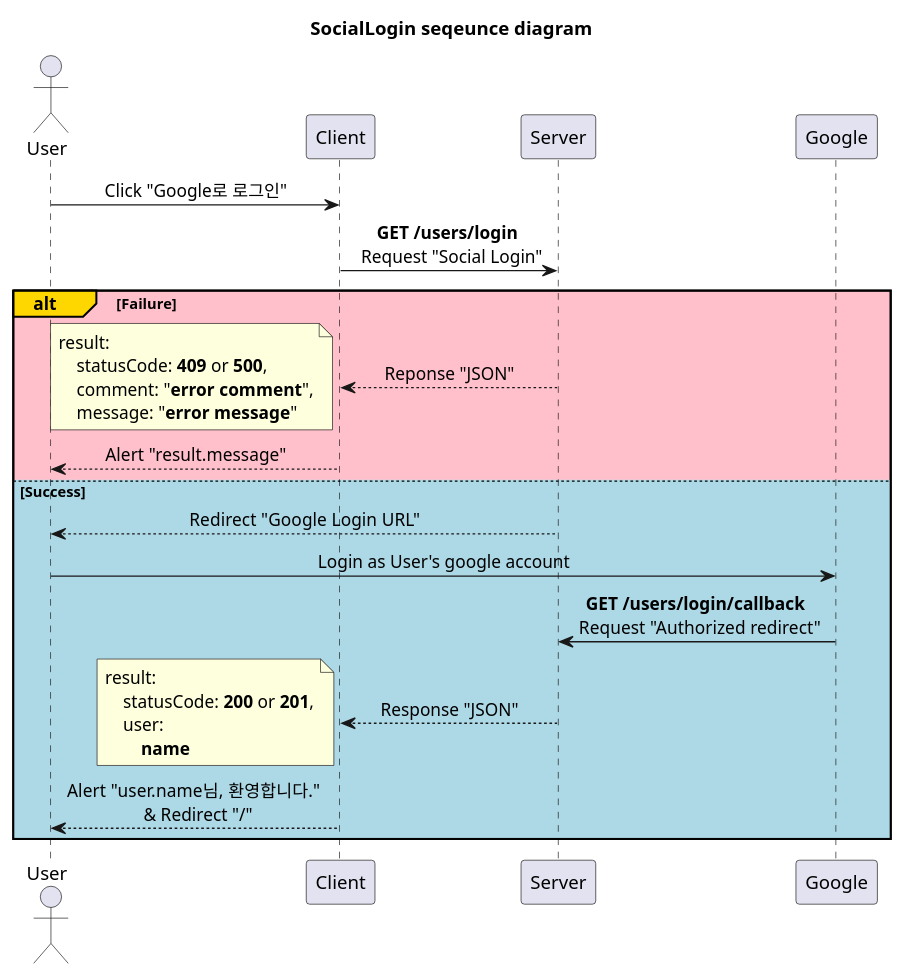
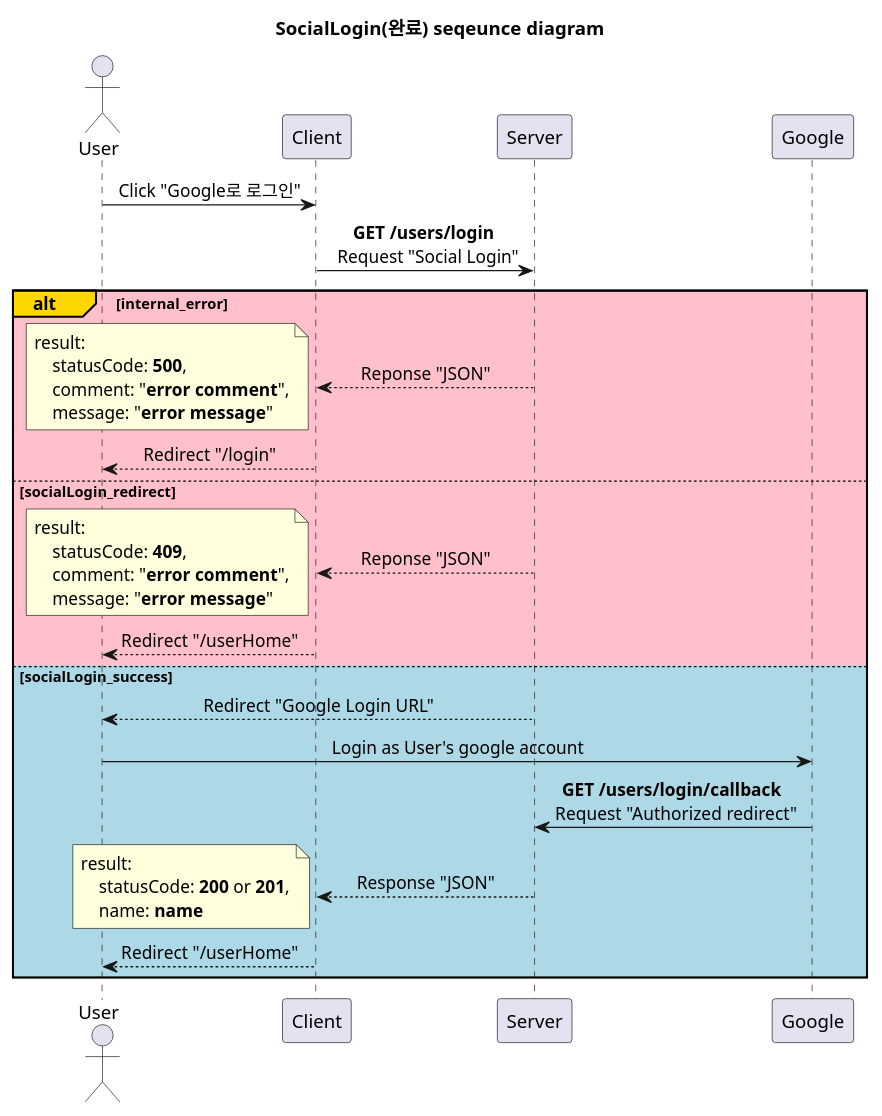
The diagram in diagram/login_page/socialLogin.puml (devSeungBin/SSCS), drawn with PlantUML before and after one commit. The commit also changed 12 other files, not shown here.

```diff
--- a/diagram/login_page/socialLogin.puml
+++ b/diagram/login_page/socialLogin.puml
@@ -1,41 +1,50 @@
-@startuml socialLogin
+@startuml socialLogin(완료)
 'http://localhost:3000/login
 
-title SocialLogin seqeunce diagram
+title SocialLogin(완료) seqeunce diagram
 
 skinparam SequenceMessageAlignment center
 
 participant Google order 40
 participant Server order 30
 participant Client order 20
 actor User order 10
 
 User -> Client: Click "Google로 로그인"
 Client -> Server: **GET /users/login** \n Request "Social Login" 
 
-alt#Gold #Pink Failure
+alt#Gold #Pink internal_error
     Client <-- Server: Reponse "JSON"
     note left
         result:
-            statusCode: **409** or **500**,
+            statusCode: **500**,
             comment: "**error comment**",
             message: "**error message**"
     end note
-    User <-- Client: Alert "result.message"
+    User <-- Client: Redirect "/login"
 
-else #LightBlue Success
+else #Pink socialLogin_redirect
+    Client <-- Server: Reponse "JSON"
+    note left
+        result:
+            statusCode: **409**,
+            comment: "**error comment**",
+            message: "**error message**"
+    end note
+    User <-- Client: Redirect "/userHome"
+
+else #LightBlue socialLogin_success
     User <-- Server: Redirect "Google Login URL"
     User -> Google: Login as User's google account
     Server <- Google: **GET /users/login/callback** \n Request "Authorized redirect"
     Client <-- Server: Response "JSON"
     note left
         result:
             statusCode: **200** or **201**,
-            user:
-                **name**
+            name: **name**
     end note
-    User <-- Client: Alert "user.name님, 환영합니다." \n & Redirect "/"
+    User <-- Client: Redirect "/userHome"
 
 end
 
 @enduml
```
